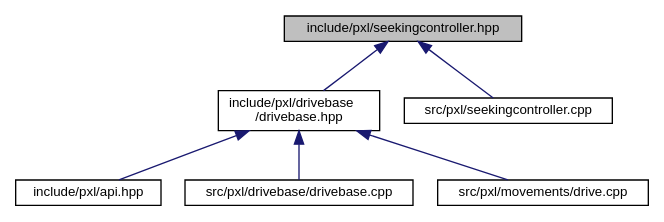
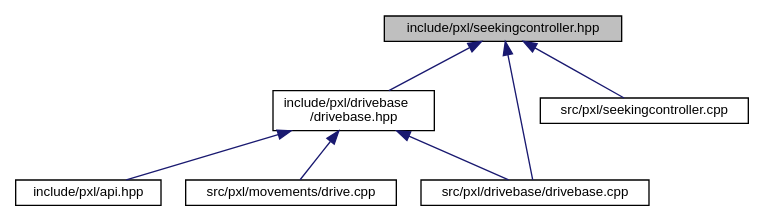
Before and after one commit to Pixel-Lib/Pixel: the diagram in seekingcontroller_8hpp__dep__incl.dot, drawn with Graphviz. The commit also changed 212 other files, not shown here.

```diff
--- a/seekingcontroller_8hpp__dep__incl.dot
+++ b/seekingcontroller_8hpp__dep__incl.dot
@@ -1,17 +1,18 @@
 digraph "include/pxl/seekingcontroller.hpp"
 {
  // LATEX_PDF_SIZE
   edge [fontname="Helvetica",fontsize="10",labelfontname="Helvetica",labelfontsize="10"];
   node [fontname="Helvetica",fontsize="10",shape=record];
   Node1 [label="include/pxl/seekingcontroller.hpp",height=0.2,width=0.4,color="black", fillcolor="grey75", style="filled", fontcolor="black",tooltip=" "];
   Node1 -> Node2 [dir="back",color="midnightblue",fontsize="10",style="solid",fontname="Helvetica"];
   Node2 [label="include/pxl/drivebase\l/drivebase.hpp",height=0.2,width=0.4,color="black", fillcolor="white", style="filled",URL="$drivebase_8hpp.html",tooltip=" "];
   Node2 -> Node3 [dir="back",color="midnightblue",fontsize="10",style="solid",fontname="Helvetica"];
   Node3 [label="include/pxl/api.hpp",height=0.2,width=0.4,color="black", fillcolor="white", style="filled",URL="$api_8hpp.html",tooltip=" "];
   Node2 -> Node4 [dir="back",color="midnightblue",fontsize="10",style="solid",fontname="Helvetica"];
   Node4 [label="src/pxl/drivebase/drivebase.cpp",height=0.2,width=0.4,color="black", fillcolor="white", style="filled",URL="$drivebase_8cpp.html",tooltip=" "];
   Node2 -> Node5 [dir="back",color="midnightblue",fontsize="10",style="solid",fontname="Helvetica"];
   Node5 [label="src/pxl/movements/drive.cpp",height=0.2,width=0.4,color="black", fillcolor="white", style="filled",URL="$drive_8cpp.html",tooltip=" "];
+  Node1 -> Node4 [dir="back",color="midnightblue",fontsize="10",style="solid",fontname="Helvetica"];
   Node1 -> Node6 [dir="back",color="midnightblue",fontsize="10",style="solid",fontname="Helvetica"];
   Node6 [label="src/pxl/seekingcontroller.cpp",height=0.2,width=0.4,color="black", fillcolor="white", style="filled",URL="$seekingcontroller_8cpp.html",tooltip=" "];
 }
```
